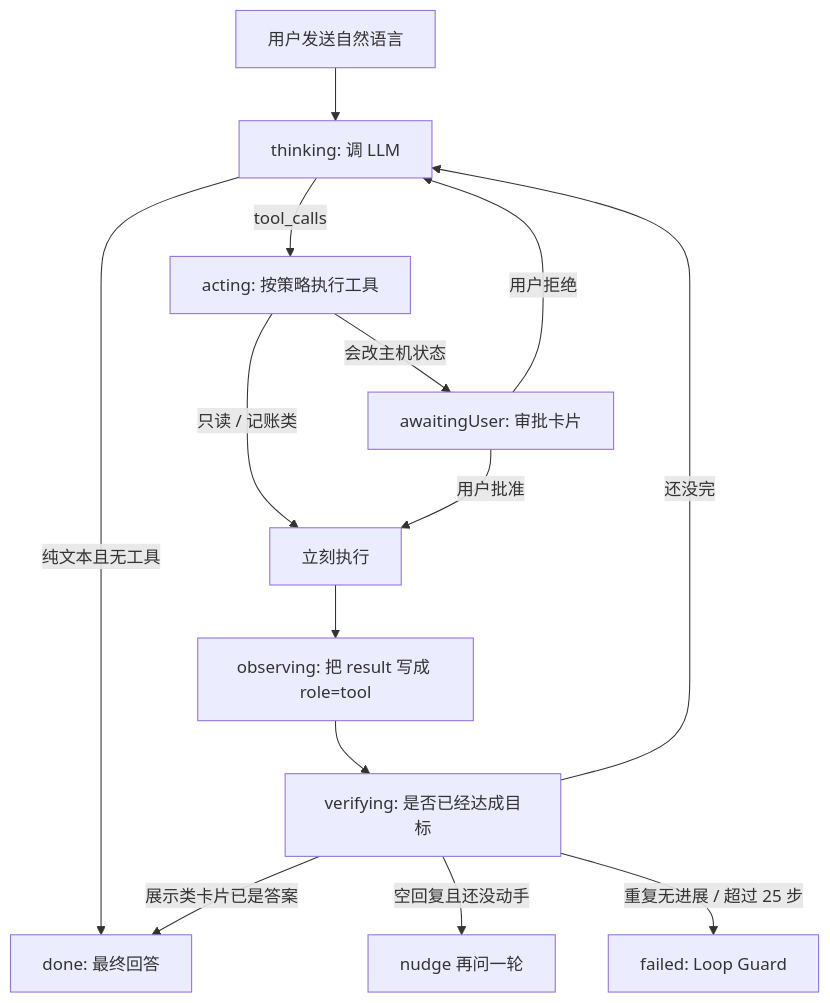
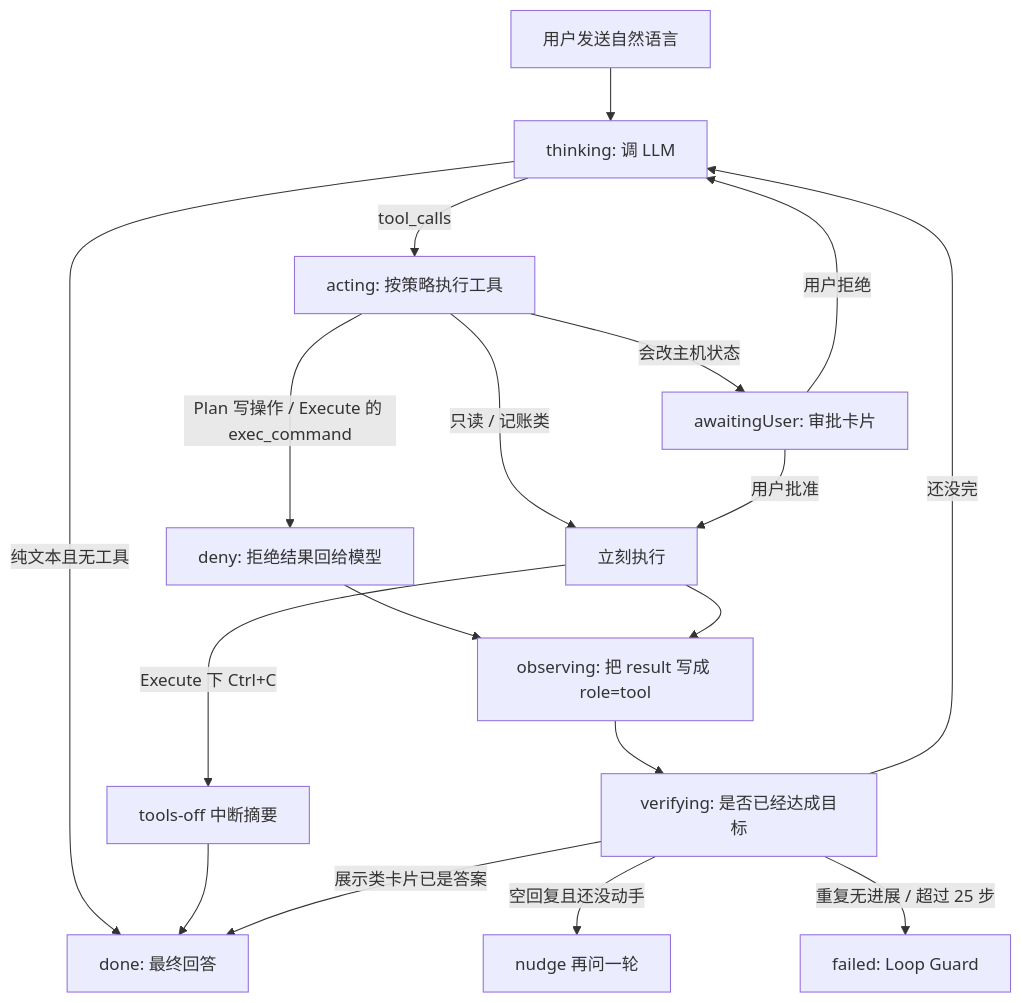
One commit to zackdlut/ai_ssh changed the first of 3 diagrams in docs/copilot-prompt-and-agent-loop.md. Above: the diagram before and after it, drawn with Mermaid. The commit also changed other lines of this file and 1 other file, not shown here.

````diff
--- a/docs/copilot-prompt-and-agent-loop.md
+++ b/docs/copilot-prompt-and-agent-loop.md
@@ -183,16 +205,20 @@
 ```mermaid
 flowchart TD
   U["用户发送自然语言"] --> T["thinking: 调 LLM"]
   T -->|"tool_calls"| A["acting: 按策略执行工具"]
   T -->|"纯文本且无工具"| D["done: 最终回答"]
+  A -->|"Plan 写操作 / Execute 的 exec_command"| Deny["deny: 拒绝结果回给模型"]
   A -->|"只读 / 记账类"| X["立刻执行"]
   A -->|"会改主机状态"| Q["awaitingUser: 审批卡片"]
   Q -->|"用户批准"| X
   Q -->|"用户拒绝"| T
+  Deny --> O
+  X -->|"Execute 下 Ctrl+C"| I["tools-off 中断摘要"]
   X --> O["observing: 把 result 写成 role=tool"]
+  I --> D
   O --> V["verifying: 是否已经达成目标"]
   V -->|"还没完"| T
   V -->|"展示类卡片已是答案"| D
   V -->|"空回复且还没动手"| N["nudge 再问一轮"]
   V -->|"重复无进展 / 超过 25 步"| F["failed: Loop Guard"]
 ```
````
